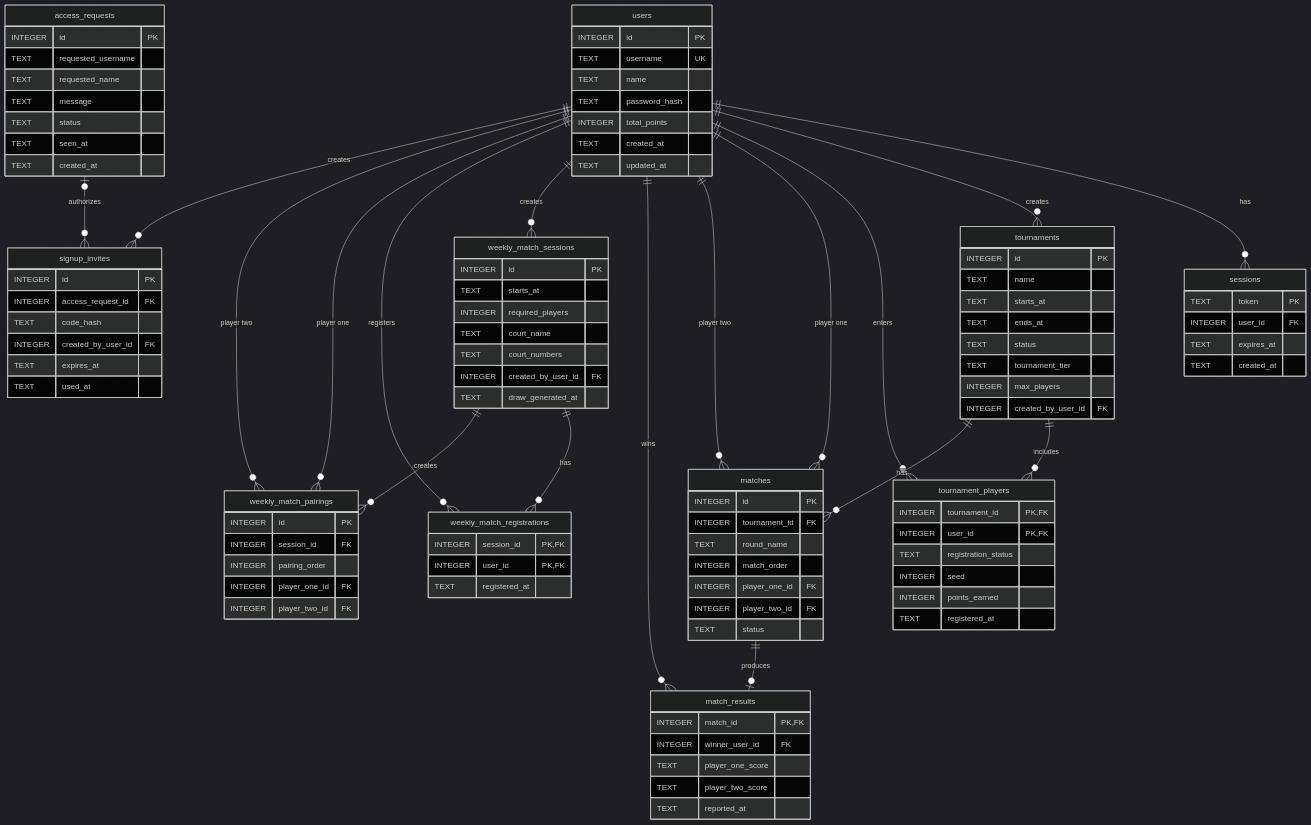
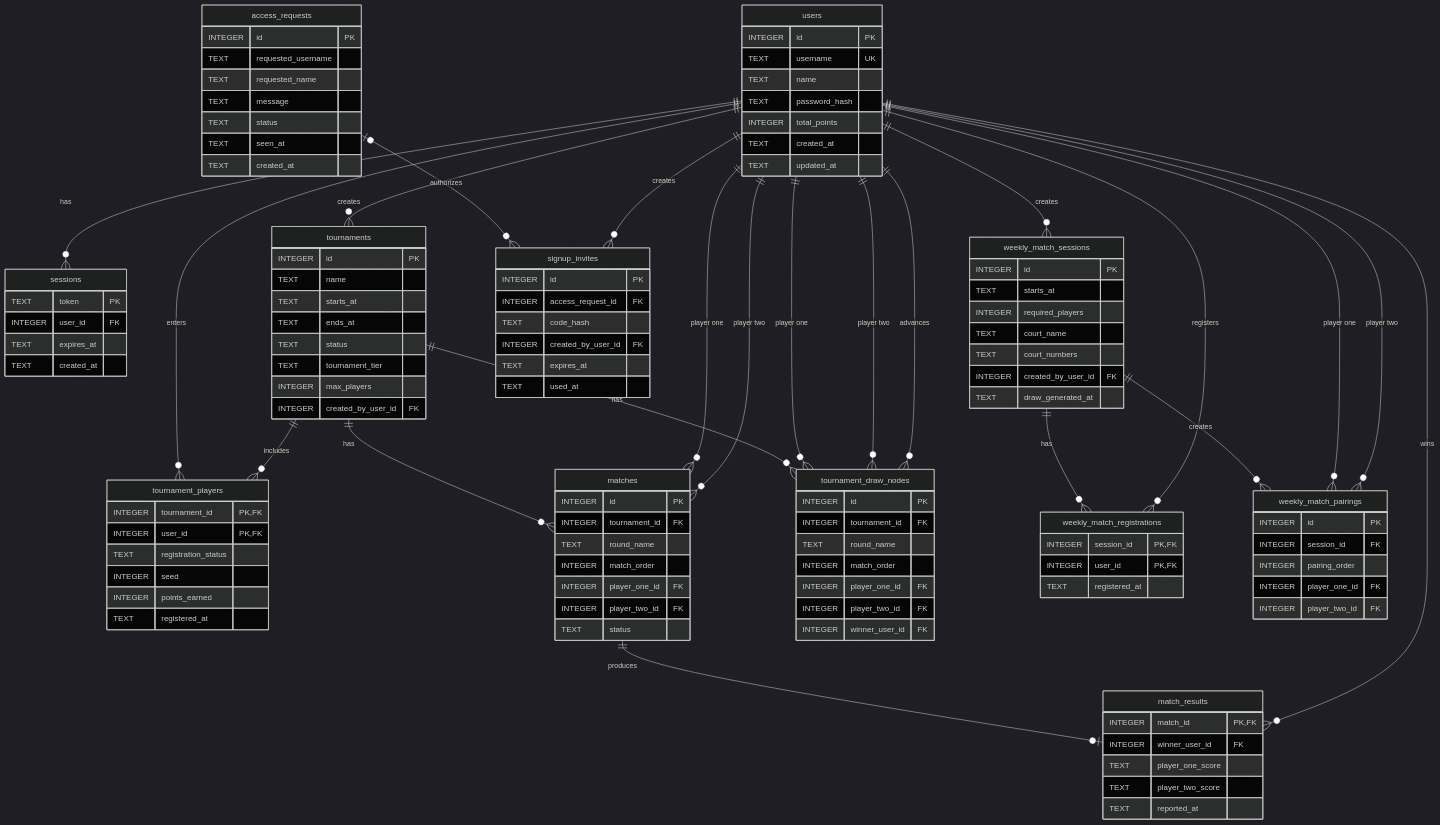
The diagram in docs/ERD.md (ashutosh-1407/friendly-tennis-tournaments), drawn with Mermaid (dark theme) before and after one commit. The commit also changed 4 other files, not shown here.

```diff
--- a/docs/ERD.md
+++ b/docs/ERD.md
@@ -47,6 +47,16 @@
     INTEGER player_one_id FK
     INTEGER player_two_id FK
     TEXT status
+  }
+
+  tournament_draw_nodes {
+    INTEGER id PK
+    INTEGER tournament_id FK
+    TEXT round_name
+    INTEGER match_order
+    INTEGER player_one_id FK
+    INTEGER player_two_id FK
+    INTEGER winner_user_id FK
   }
 
   match_results {
@@ -104,7 +114,11 @@
   users ||--o{ tournaments : creates
   users ||--o{ tournament_players : enters
   tournaments ||--o{ tournament_players : includes
+  tournaments ||--o{ tournament_draw_nodes : has
   tournaments ||--o{ matches : has
+  users ||--o{ tournament_draw_nodes : "player one"
+  users ||--o{ tournament_draw_nodes : "player two"
+  users ||--o{ tournament_draw_nodes : advances
   users ||--o{ matches : "player one"
   users ||--o{ matches : "player two"
   matches ||--o| match_results : produces
```
